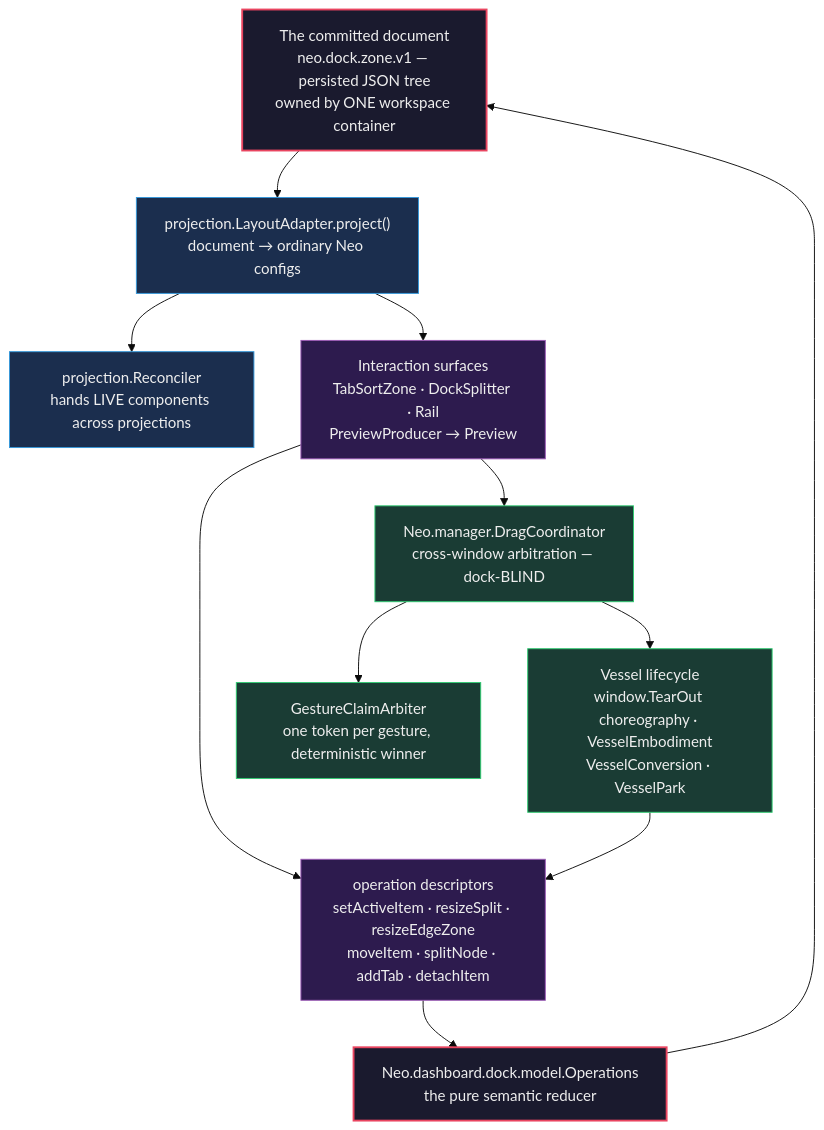
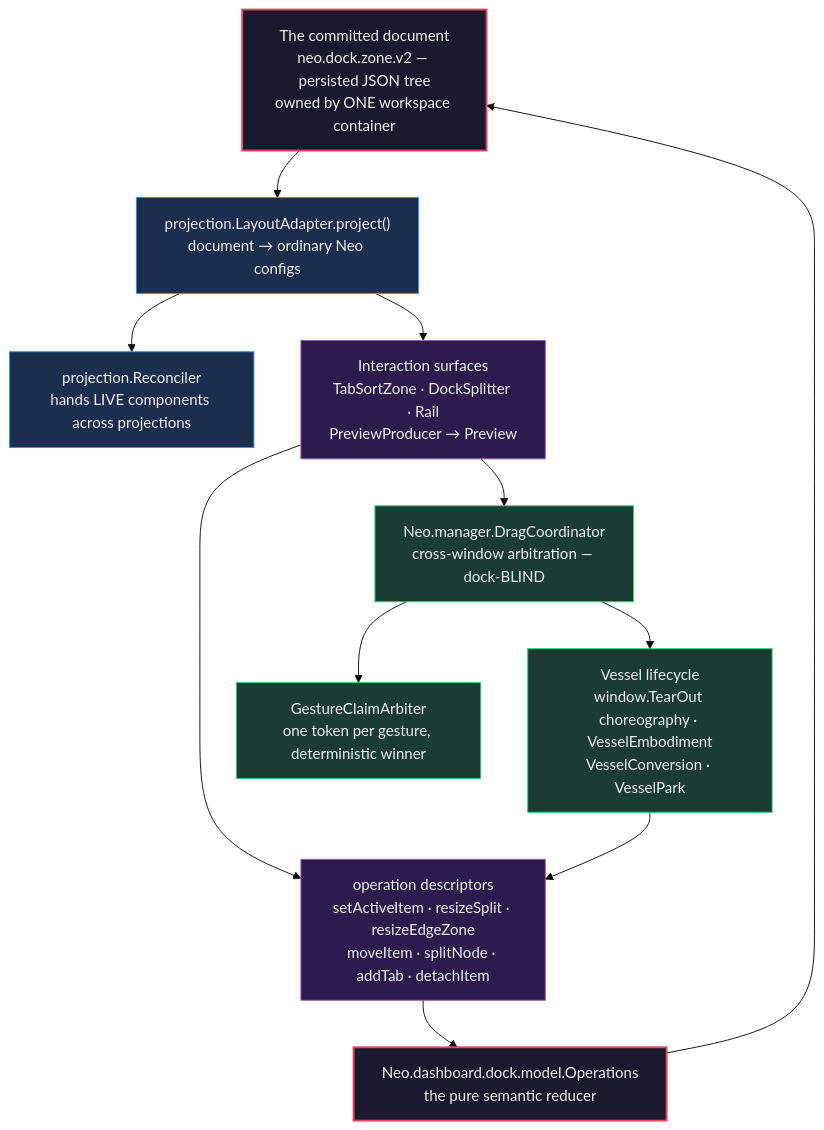
Before and after one commit to neomjs/neo: the first of 2 diagrams in learn/guides/uibuildingblocks/DockLayouts.md, drawn with Mermaid (base theme). The commit also changed other lines of this file and 65 other files, not shown here.

````diff
--- a/learn/guides/uibuildingblocks/DockLayouts.md
+++ b/learn/guides/uibuildingblocks/DockLayouts.md
@@ -42,28 +42,28 @@
 ```mermaid
 flowchart TD
     classDef doc fill:#1a1a2e,stroke:#e94560,stroke-width:2px,color:#eee
     classDef proj fill:#1b2e4e,stroke:#3498db,stroke-width:1px,color:#eee
     classDef inter fill:#2d1b4e,stroke:#9b59b6,stroke-width:1px,color:#eee
     classDef cross fill:#1a3c34,stroke:#2ecc71,stroke-width:1px,color:#eee
 
-    Document["The committed document<br/>neo.dock.zone.v1 — persisted JSON tree<br/>owned by ONE workspace container"]:::doc
+    Document["The committed document<br/>neo.dock.zone.v2 — persisted JSON tree<br/>owned by ONE workspace container"]:::doc
     Model["Neo.dashboard.dock.model.Operations<br/>the pure semantic reducer"]:::doc
     Adapter["projection.LayoutAdapter.project()<br/>document → ordinary Neo configs"]:::proj
     Reconciler["projection.Reconciler<br/>hands LIVE components across projections"]:::proj
     Surfaces["Interaction surfaces<br/>TabSortZone · DockSplitter · Rail<br/>PreviewProducer → Preview"]:::inter
     Descriptors["operation descriptors<br/>setActiveItem · resizeSplit · resizeEdgeZone<br/>moveItem · splitNode · addTab · detachItem"]:::inter
     Coordinator["Neo.manager.DragCoordinator<br/>cross-window arbitration — dock-BLIND"]:::cross
     Arbiter["GestureClaimArbiter<br/>one token per gesture, deterministic winner"]:::cross
     Vessels["Vessel lifecycle<br/>window.TearOut choreography · VesselEmbodiment<br/>VesselConversion · VesselPark"]:::cross
 
     Document --> Adapter
     Adapter --> Reconciler
     Adapter --> Surfaces
     Surfaces --> Descriptors
     Descriptors --> Model
     Model --> Document
     Surfaces --> Coordinator
     Coordinator --> Arbiter
     Coordinator --> Vessels
     Vessels --> Descriptors
 ```
````
